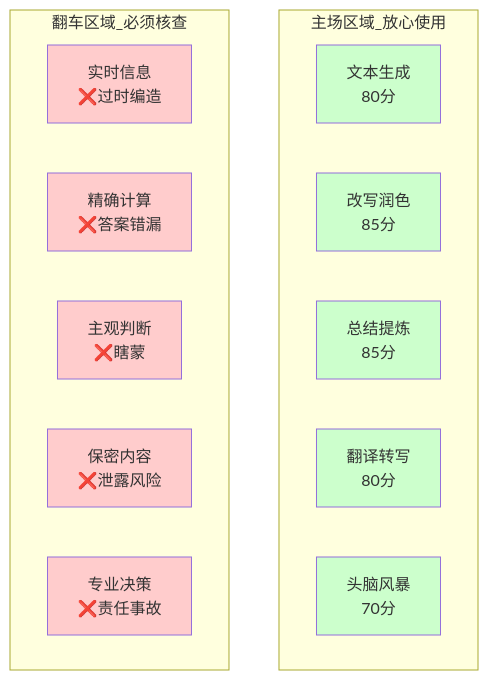
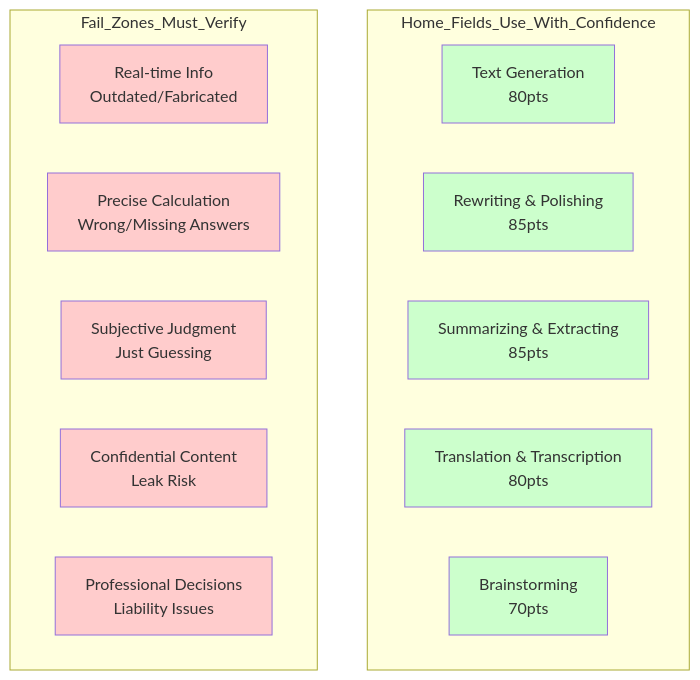
One commit to tianhongTina/ai-literacy-bootcamp changed the fifth of 7 diagrams in docs/lessons/lesson-0.md. Above: the diagram before and after it, drawn with Mermaid. The commit also changed other lines of this file and 18 other files, not shown here.

````diff
--- a/docs/lessons/lesson-0.md
+++ b/docs/lessons/lesson-0.md
@@ -776,29 +783,29 @@
 ```mermaid
 graph TB
-    subgraph 主场区域_放心使用
-    A1[文本生成<br/>80分] 
-    A2[改写润色<br/>85分]
-    A3[总结提炼<br/>85分]
-    A4[翻译转写<br/>80分]
-    A5[头脑风暴<br/>70分]
+    subgraph Home_Fields_Use_With_Confidence
+    A1[Text Generation<br/>80pts]
+    A2[Rewriting & Polishing<br/>85pts]
+    A3[Summarizing & Extracting<br/>85pts]
+    A4[Translation & Transcription<br/>80pts]
+    A5[Brainstorming<br/>70pts]
     end
-    
-    subgraph 翻车区域_必须核查
-    B1[实时信息<br/>❌过时编造]
-    B2[精确计算<br/>❌答案错漏]
-    B3[主观判断<br/>❌瞎蒙]
-    B4[保密内容<br/>❌泄露风险]
-    B5[专业决策<br/>❌责任事故]
+
+    subgraph Fail_Zones_Must_Verify
+    B1[Real-time Info<br/>Outdated/Fabricated]
+    B2[Precise Calculation<br/>Wrong/Missing Answers]
+    B3[Subjective Judgment<br/>Just Guessing]
+    B4[Confidential Content<br/>Leak Risk]
+    B5[Professional Decisions<br/>Liability Issues]
     end
-    
+
     style A1 fill:#ccffcc
     style A2 fill:#ccffcc
     style A3 fill:#ccffcc
     style A4 fill:#ccffcc
     style A5 fill:#ccffcc
     style B1 fill:#ffcccc
     style B2 fill:#ffcccc
     style B3 fill:#ffcccc
     style B4 fill:#ffcccc
     style B5 fill:#ffcccc
 ```
````
